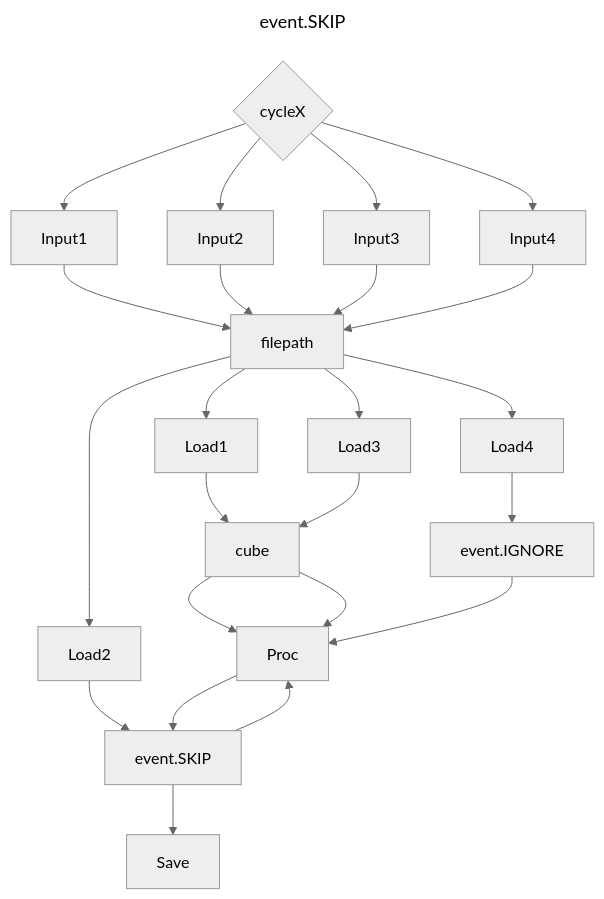
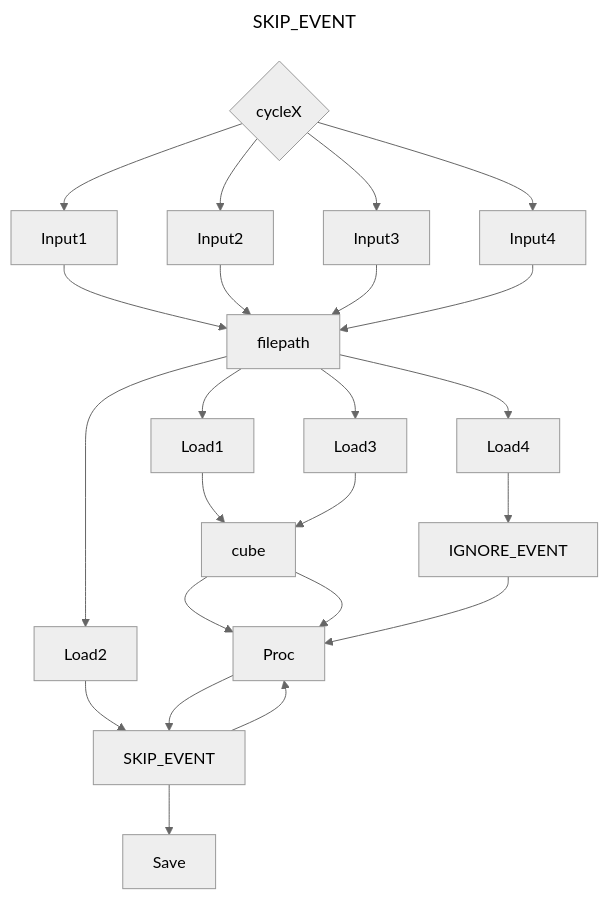
Before and after one commit to MetOffice/dagrunner: the second of 2 diagrams in docs/dagrunner.events.md, drawn with Mermaid (neutral theme). The commit also changed other lines of this file and 1 other file, not shown here.

````diff
--- a/docs/dagrunner.events.md
+++ b/docs/dagrunner.events.md
@@ -43,12 +43,12 @@
 ```mermaid
 ---
-title: event.SKIP
+title: SKIP_EVENT
 ---
 graph
     cycle1{cycleX}
     cycle1 --> Input1 --> filepath --> Load1 --> cube --> Proc
-    cycle1 --> Input2 --> filepath --> Load2 --> event.SKIP --> Proc
+    cycle1 --> Input2 --> filepath --> Load2 --> SKIP_EVENT --> Proc
     cycle1 --> Input3 --> filepath --> Load3 --> cube --> Proc
-    cycle1 --> Input4 --> filepath --> Load4 --> event.IGNORE --> Proc
-    Proc --> event.SKIP --> Save
+    cycle1 --> Input4 --> filepath --> Load4 --> IGNORE_EVENT --> Proc
+    Proc --> SKIP_EVENT --> Save
 ```
````
